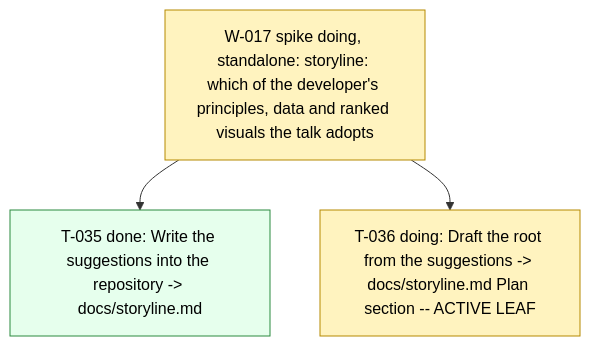
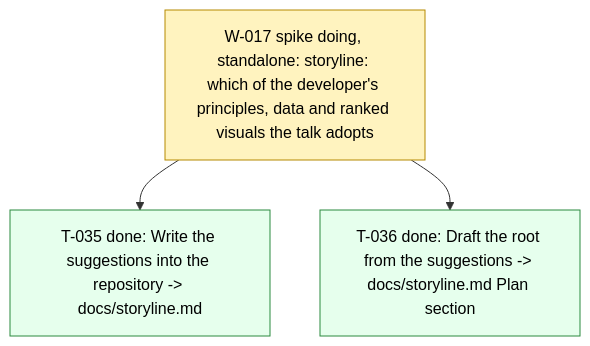
The diagram in .board/BOARD.md (dpopchev/chaos-to-simple), drawn with Mermaid before and after one commit. The commit also changed other lines of this file and 1 other file, not shown here.

Commit message:
chore(board): close T-036 -- W-017 ready to land
Refs: W-017 T-036

````diff
--- a/.board/BOARD.md
+++ b/.board/BOARD.md
@@ -112,13 +112,13 @@
 ```mermaid
 flowchart TD
   W017["W-017 spike doing, standalone: storyline: which of the developer's principles, data and ranked visuals the talk adopts"]
   W017 --> T035["T-035 done: Write the suggestions into the repository -> docs/storyline.md"]
-  W017 --> T036["T-036 doing: Draft the root from the suggestions -> docs/storyline.md Plan section -- ACTIVE LEAF"]
+  W017 --> T036["T-036 done: Draft the root from the suggestions -> docs/storyline.md Plan section"]
   classDef doing fill:#fff3bf,stroke:#b58900,color:#000;
   classDef blocked fill:#ffe3e3,stroke:#c92a2a,color:#000;
   classDef done fill:#e6ffed,stroke:#2b8a3e,color:#000;
   classDef todo fill:#f8f9fa,stroke:#868e96,color:#000;
   classDef pruned fill:#f1f3f5,stroke:#adb5bd,color:#000;
-  class W017,T036 doing
-  class T035 done
+  class W017 doing
+  class T035,T036 done
 ```
````
